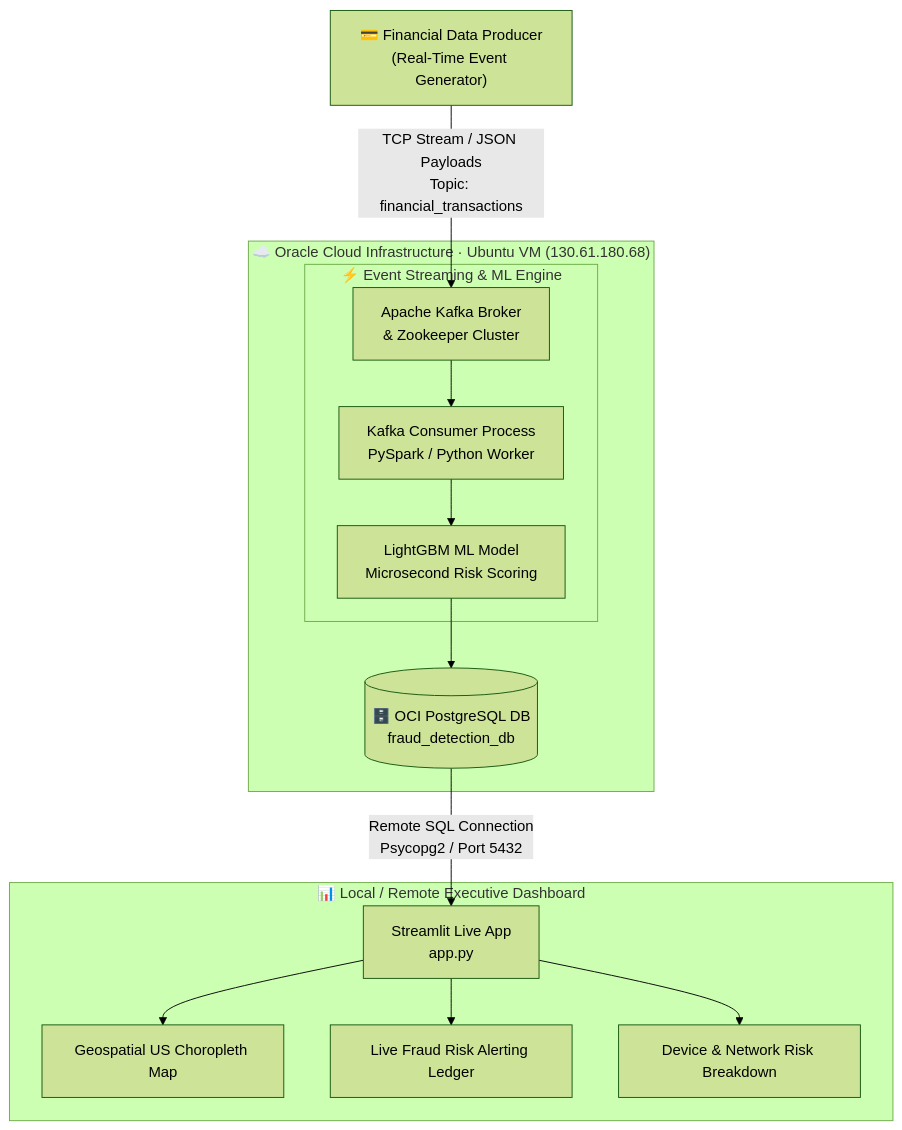
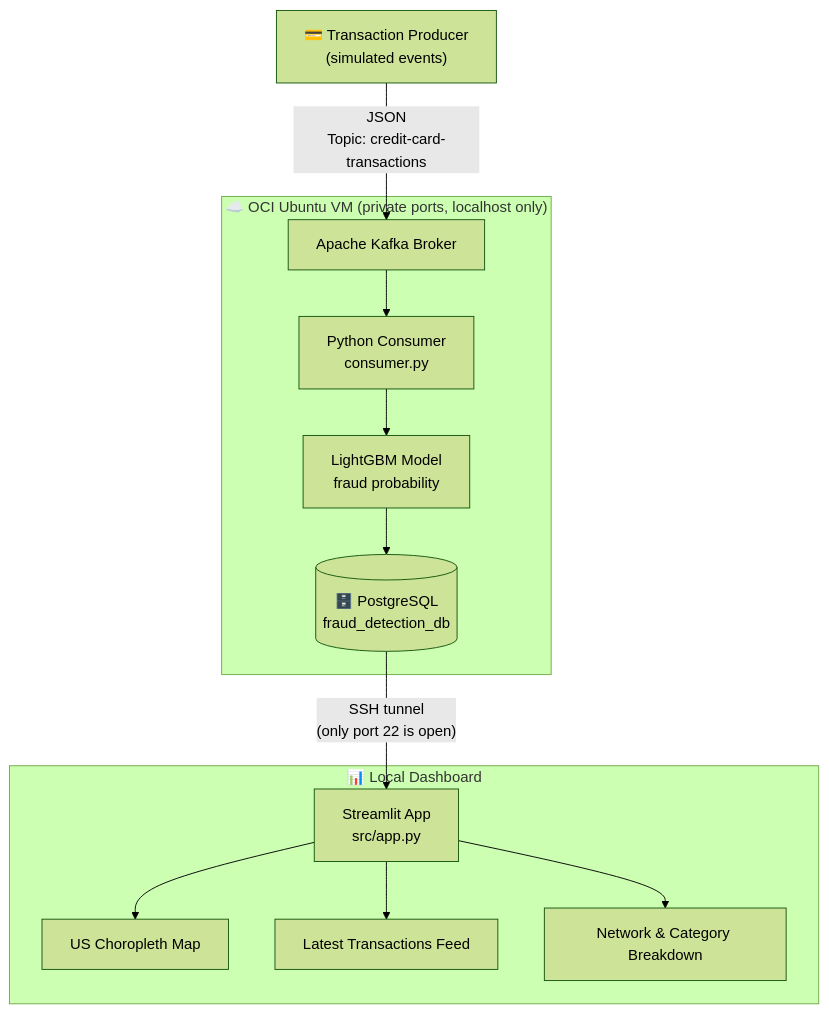
One commit to nihatrza/kafka-fraud-detection changed the first of 3 diagrams in README.md. Above: the diagram before and after it, drawn with Mermaid (forest theme). The commit also changed other lines of this file, not shown here.

````diff
--- a/README.md
+++ b/README.md
@@ -91,22 +93,19 @@
 ```mermaid
 flowchart TD
-    A["💳 Financial Data Producer<br/>(Real-Time Event Generator)"] -->|"TCP Stream / JSON Payloads<br/>Topic: financial_transactions"| B
+    A["💳 Transaction Producer<br/>(simulated events)"] -->|"JSON<br/>Topic: credit-card-transactions"| B
 
-    subgraph OCI["☁️ Oracle Cloud Infrastructure · Ubuntu VM (130.61.180.68)"]
-        subgraph STREAMING["⚡ Event Streaming & ML Engine"]
-            B["Apache Kafka Broker<br/>& Zookeeper Cluster"] --> C["Kafka Consumer Process<br/>PySpark / Python Worker"]
-            C --> D["LightGBM ML Model<br/>Microsecond Risk Scoring"]
-        end
-
-        D --> E[("🗄️ OCI PostgreSQL DB<br/>fraud_detection_db")]
+    subgraph OCI["☁️ OCI Ubuntu VM (private ports, localhost only)"]
+        B["Apache Kafka Broker"] --> C["Python Consumer<br/>consumer.py"]
+        C --> D["LightGBM Model<br/>fraud probability"]
+        D --> E[("🗄️ PostgreSQL<br/>fraud_detection_db")]
     end
 
-    E -->|"Remote SQL Connection<br/>Psycopg2 / Port 5432"| F
+    E -->|"SSH tunnel<br/>(only port 22 is open)"| F
 
-    subgraph DASHBOARD["📊 Local / Remote Executive Dashboard"]
-        F["Streamlit Live App<br/>app.py"]
-        F --> G["Geospatial US Choropleth Map"]
-        F --> H["Live Fraud Risk Alerting Ledger"]
-        F --> I["Device & Network Risk Breakdown"]
+    subgraph DASHBOARD["📊 Local Dashboard"]
+        F["Streamlit App<br/>src/app.py"]
+        F --> G["US Choropleth Map"]
+        F --> H["Latest Transactions Feed"]
+        F --> I["Network & Category Breakdown"]
     end
 ```
````
